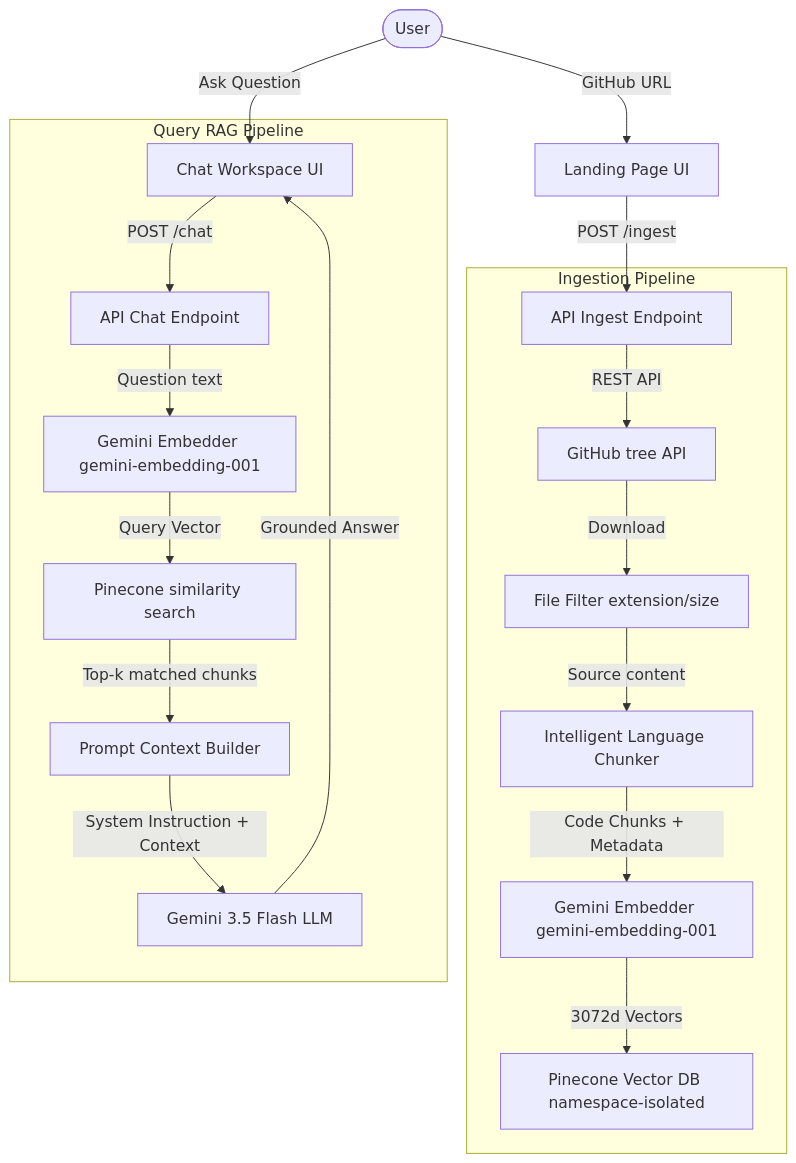
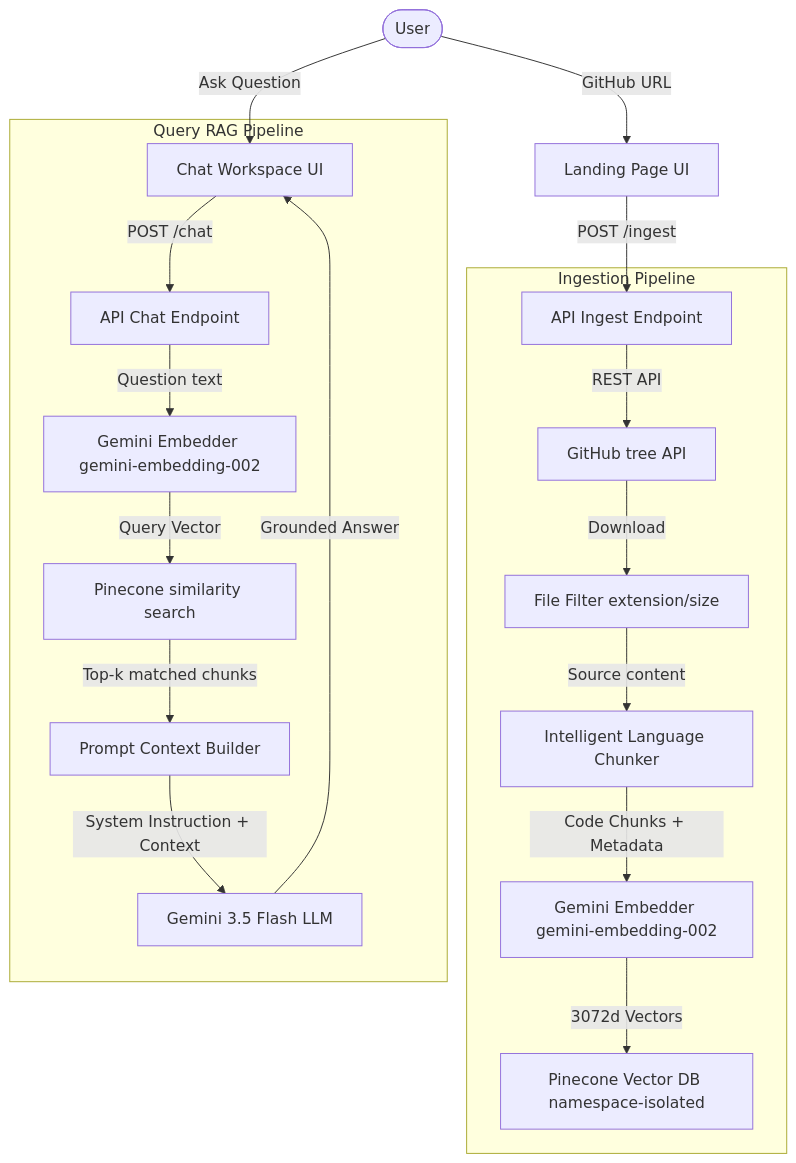
The diagram in README.md (Akshar701/codebase-rag), drawn with Mermaid before and after one commit. The commit also changed other lines of this file and 4 other files, not shown here.

Commit message:
feat: upgrade to gemini-embedding-002 model

````diff
--- a/README.md
+++ b/README.md
@@ -26,24 +26,24 @@
 ```mermaid
 graph TD
     User([User]) -->|GitHub URL| IngestUI[Landing Page UI]
     IngestUI -->|POST /ingest| IngestRoute[API Ingest Endpoint]
     
     subgraph Ingestion Pipeline
         IngestRoute -->|REST API| GitHub[GitHub tree API]
         GitHub -->|Download| FileFilter[File Filter extension/size]
         FileFilter -->|Source content| Chunker[Intelligent Language Chunker]
-        Chunker -->|Code Chunks + Metadata| Embedder[Gemini Embedder gemini-embedding-001]
+        Chunker -->|Code Chunks + Metadata| Embedder[Gemini Embedder gemini-embedding-002]
         Embedder -->|3072d Vectors| Pinecone[Pinecone Vector DB namespace-isolated]
     end
 
     User -->|Ask Question| ChatUI[Chat Workspace UI]
     ChatUI -->|POST /chat| ChatRoute[API Chat Endpoint]
 
     subgraph Query RAG Pipeline
-        ChatRoute -->|Question text| EmbedQuery[Gemini Embedder gemini-embedding-001]
+        ChatRoute -->|Question text| EmbedQuery[Gemini Embedder gemini-embedding-002]
         EmbedQuery -->|Query Vector| PineconeQuery[Pinecone similarity search]
         PineconeQuery -->|Top-k matched chunks| PromptEngine[Prompt Context Builder]
         PromptEngine -->|System Instruction + Context| GeminiLLM[Gemini 3.5 Flash LLM]
         GeminiLLM -->|Grounded Answer| ChatUI
     end
 ```
````
